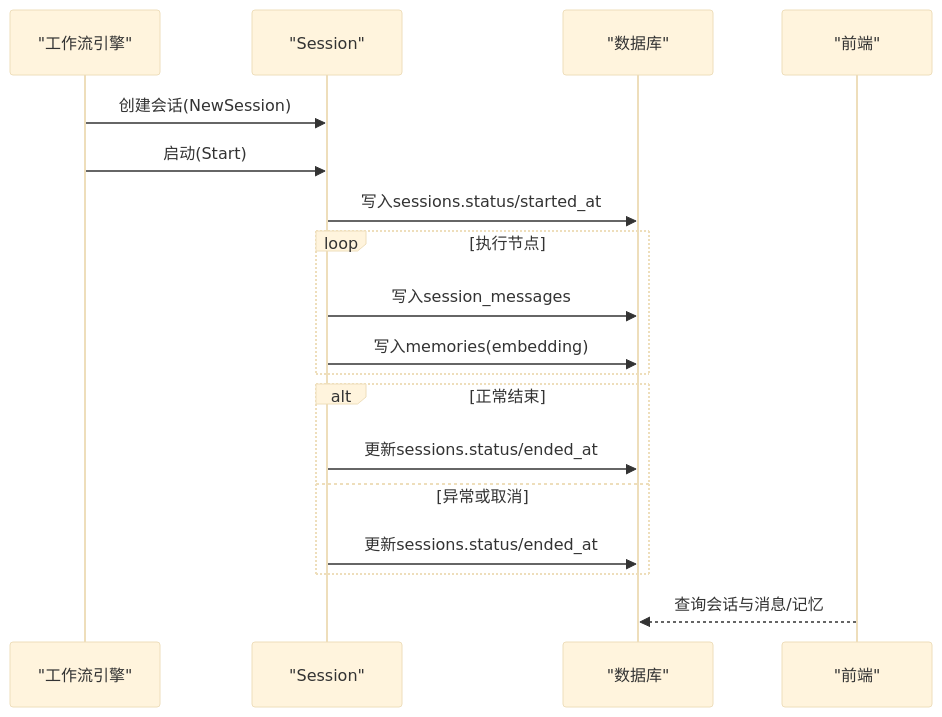
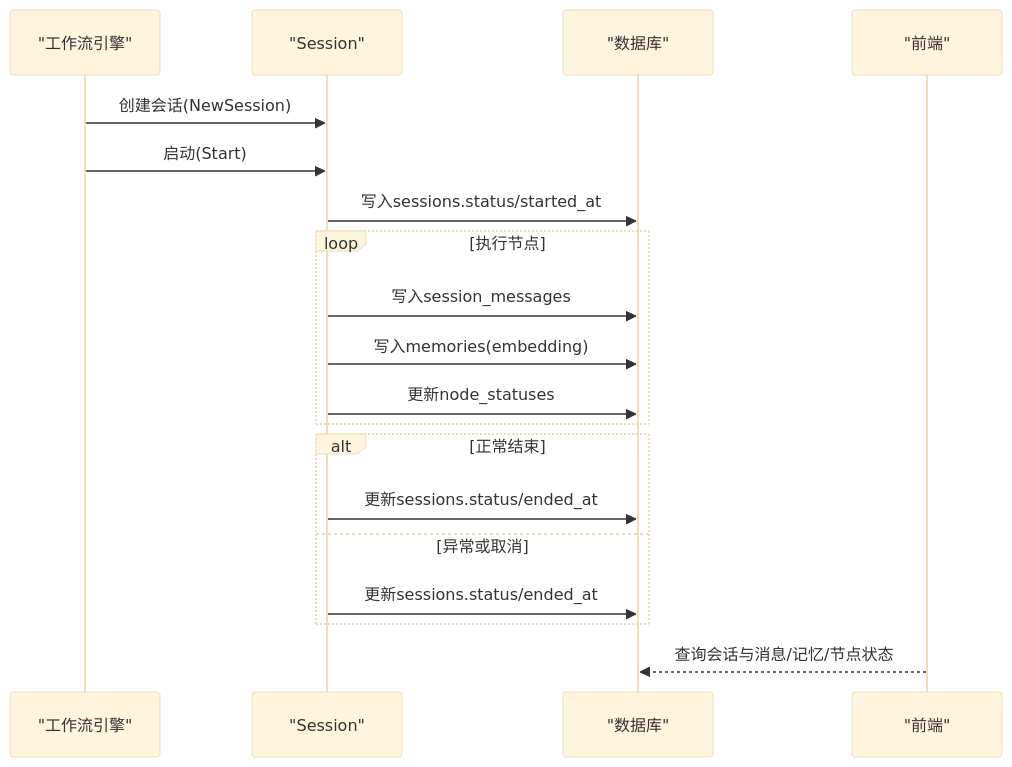
Before and after one commit to hrygo/council: the second of 5 diagrams in .qoder/repowiki/zh/content/数据模型/核心实体模型/会话实体模型.md, drawn with Mermaid (base theme). The commit also changed other lines of this file and 19 other files, not shown here.

````diff
--- a/.qoder/repowiki/zh/content/数据模型/核心实体模型/会话实体模型.md
+++ b/.qoder/repowiki/zh/content/数据模型/核心实体模型/会话实体模型.md
@@ -113,20 +95,21 @@
 ```mermaid
 sequenceDiagram
 participant Engine as "工作流引擎"
 participant Session as "Session"
 participant DB as "数据库"
 participant FE as "前端"
 Engine->>Session : 创建会话(NewSession)
 Engine->>Session : 启动(Start)
 Session->>DB : 写入sessions.status/started_at
 loop 执行节点
 Session->>DB : 写入session_messages
 Session->>DB : 写入memories(embedding)
+Session->>DB : 更新node_statuses
 end
 alt 正常结束
 Session->>DB : 更新sessions.status/ended_at
 else 异常或取消
 Session->>DB : 更新sessions.status/ended_at
 end
-FE-->>DB : 查询会话与消息/记忆
+FE-->>DB : 查询会话与消息/记忆/节点状态
 ```
````
